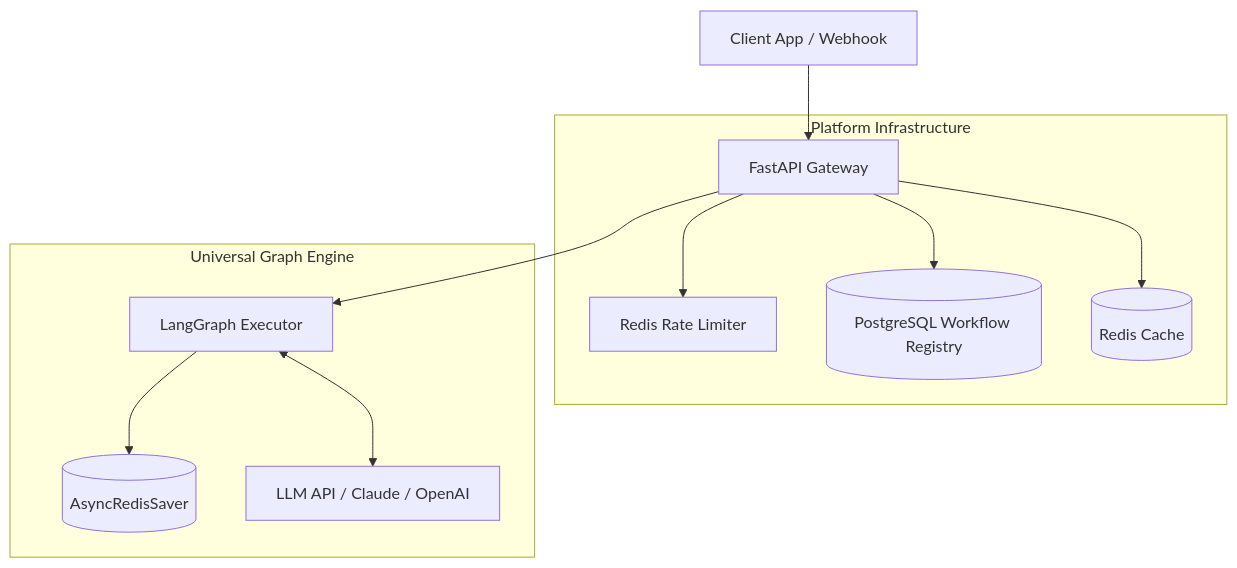
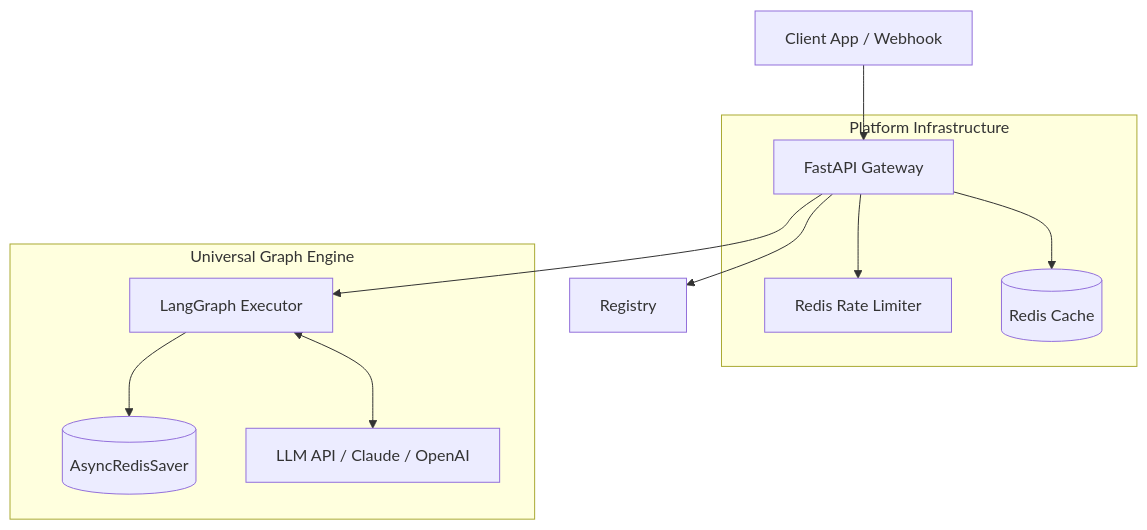
Before and after one commit to destngx/monorepo: the diagram in docs/graph-weave/specification/architecture/system-architecture.md, drawn with Mermaid. The commit also changed other lines of this file and 17 other files, not shown here.

````diff
--- a/docs/graph-weave/specification/architecture/system-architecture.md
+++ b/docs/graph-weave/specification/architecture/system-architecture.md
@@ -57,22 +57,21 @@
 ```mermaid
 graph TB
     Client[Client App / Webhook]
     subgraph Platform Infrastructure
         API[FastAPI Gateway]
         Rate[Redis Rate Limiter]
-        Registry[(PostgreSQL Workflow Registry)]
         Cache[(Redis Cache)]
     end
     subgraph Universal Graph Engine
         LG[LangGraph Executor]
         State[(AsyncRedisSaver)]
         LLM[LLM API / Claude / OpenAI]
     end
     Client --> API
     API --> Rate
     API --> Registry
     API --> Cache
     API --> LG
     LG --> State
     LG <--> LLM
 ```
````
